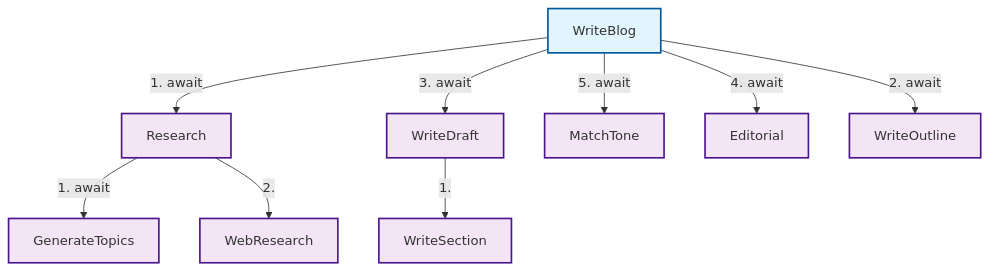
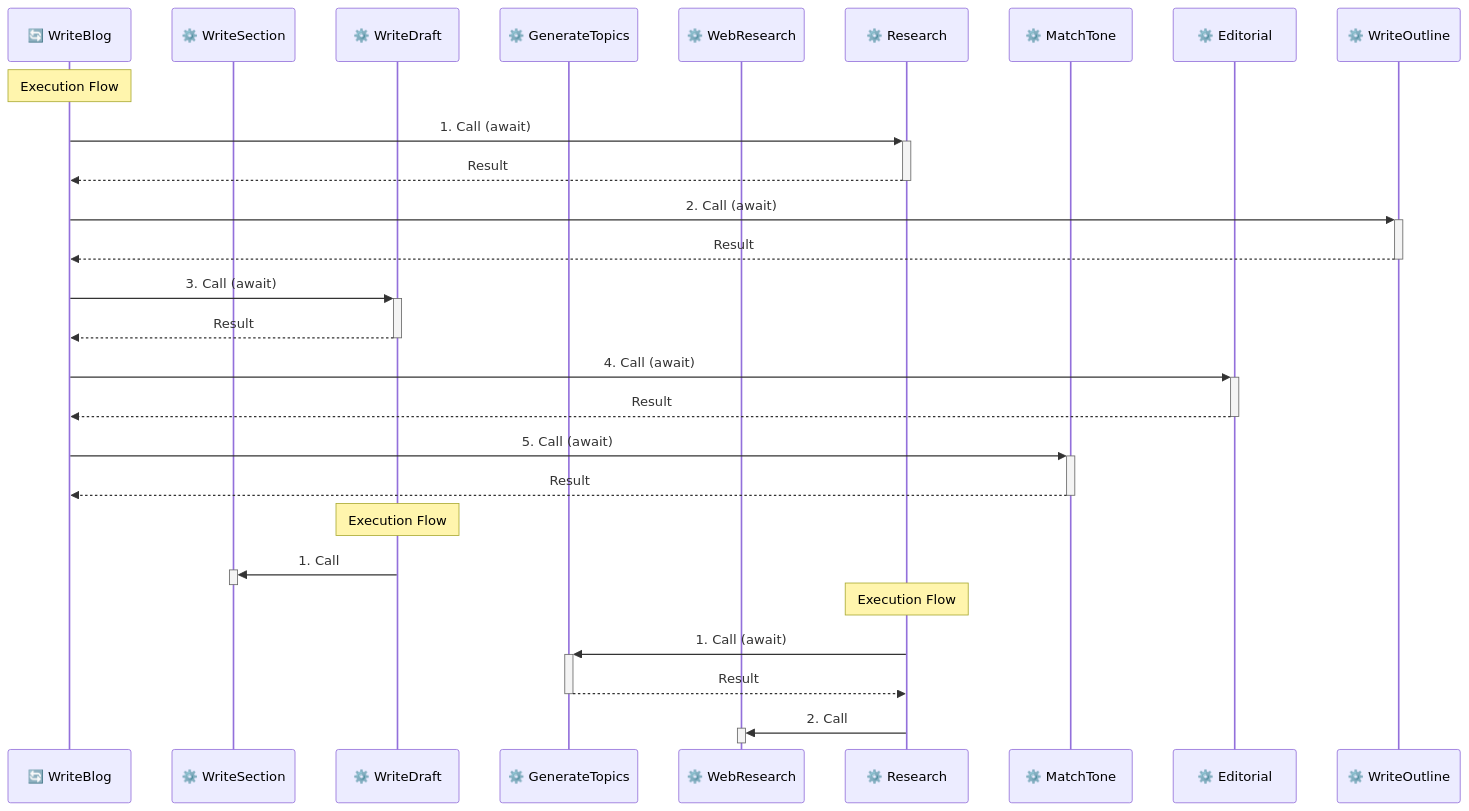
The diagram in scripts/README.md (gensx-inc/gensx), drawn with Mermaid before and after one commit. The commit also changed other lines of this file and 1 other file, not shown here.

Commit message:
Refactor workflow analysis to use Mermaid sequence diagrams with improved visualization

````diff
--- a/scripts/README.md
+++ b/scripts/README.md
@@ -143,22 +152,33 @@
 ```mermaid
-graph TD
-    WriteBlog[WriteBlog]:::workflow
-    WriteSection[WriteSection]:::component
-    WriteDraft[WriteDraft]:::component
-    GenerateTopics[GenerateTopics]:::component
-    WebResearch[WebResearch]:::component
-    Research[Research]:::component
-    MatchTone[MatchTone]:::component
-    Editorial[Editorial]:::component
-    WriteOutline[WriteOutline]:::component
-    Research -->|1. await | GenerateTopics
-    Research -->|2. | WebResearch
-    WriteBlog -->|1. await | Research
-    WriteBlog -->|2. await | WriteOutline
-    WriteBlog -->|3. await | WriteDraft
-    WriteBlog -->|4. await | Editorial
-    WriteBlog -->|5. await | MatchTone
-    WriteDraft -->|1. | WriteSection
-    classDef workflow fill:#e1f5fe,stroke:#01579b,stroke-width:2px
-    classDef component fill:#f3e5f5,stroke:#4a148c,stroke-width:2px
+sequenceDiagram
+    participant WriteBlog as 🔄 WriteBlog
+    participant WriteSection as ⚙️ WriteSection
+    participant WriteDraft as ⚙️ WriteDraft
+    participant GenerateTopics as ⚙️ GenerateTopics
+    participant WebResearch as ⚙️ WebResearch
+    participant Research as ⚙️ Research
+    participant MatchTone as ⚙️ MatchTone
+    participant Editorial as ⚙️ Editorial
+    participant WriteOutline as ⚙️ WriteOutline
+    Note over WriteBlog: Execution Flow
+    WriteBlog->>+Research: 1. Call (await)
+    Research-->>-WriteBlog: Result
+    WriteBlog->>+WriteOutline: 2. Call (await)
+    WriteOutline-->>-WriteBlog: Result
+    WriteBlog->>+WriteDraft: 3. Call (await)
+    WriteDraft-->>-WriteBlog: Result
+    WriteBlog->>+Editorial: 4. Call (await)
+    Editorial-->>-WriteBlog: Result
+    WriteBlog->>+MatchTone: 5. Call (await)
+    MatchTone-->>-WriteBlog: Result
+
+    Note over WriteDraft: Execution Flow
+    WriteDraft->>+WriteSection: 1. Call
+    deactivate WriteSection
+
+    Note over Research: Execution Flow
+    Research->>+GenerateTopics: 1. Call (await)
+    GenerateTopics-->>-Research: Result
+    Research->>+WebResearch: 2. Call
+    deactivate WebResearch
 ```
````
